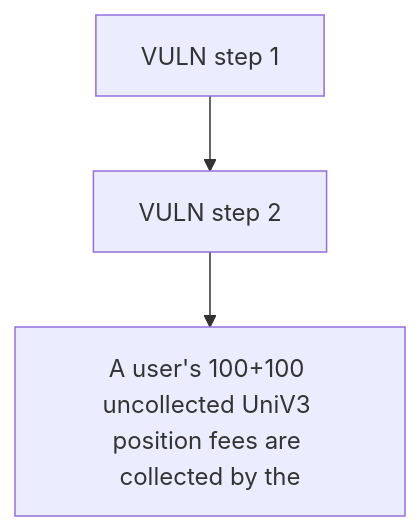
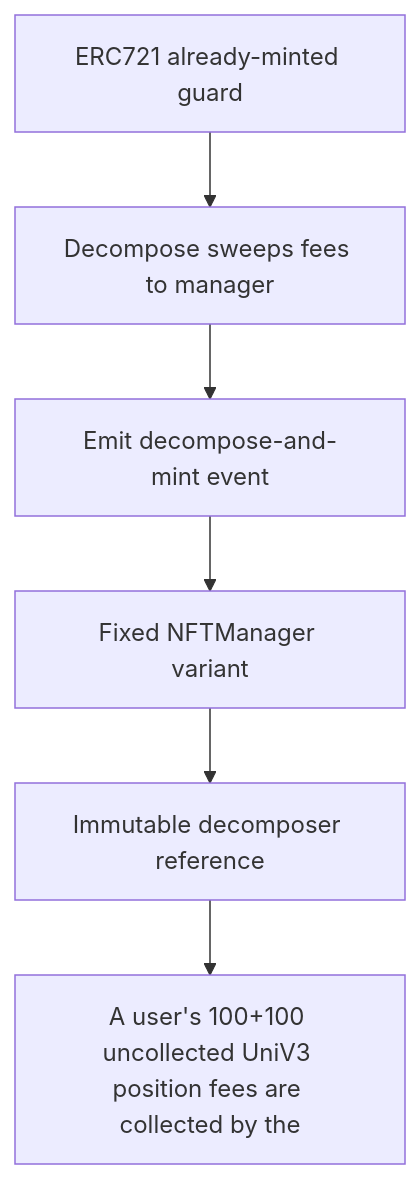
Before and after one commit to sanbir/evm-hack-registry: the diagram in 63170-h-4-uncollected-fees-from-users-nft-position-are-stuck-in-nf_exp/63170-h-4-uncollected-fees-from-users-nft-position-are-stuck-in-nf_exp.md, drawn with Mermaid. The commit also changed other lines of this file and 79 other files, not shown here.

````diff
--- a/63170-h-4-uncollected-fees-from-users-nft-position-are-stuck-in-nf_exp/63170-h-4-uncollected-fees-from-users-nft-position-are-stuck-in-nf_exp.md
+++ b/63170-h-4-uncollected-fees-from-users-nft-position-are-stuck-in-nf_exp/63170-h-4-uncollected-fees-from-users-nft-position-are-stuck-in-nf_exp.md
@@ -28,8 +28,14 @@
 ```mermaid
 flowchart TD
-  S0["VULN step 1"]
-  S1["VULN step 2"]
+  S0["ERC721 already-minted guard"]
+  S1["Decompose sweeps fees to manager"]
+  S2["Emit decompose-and-mint event"]
+  S3["Fixed NFTManager variant"]
+  S4["Immutable decomposer reference"]
   H["A user's 100+100 uncollected UniV3 position fees are collected by the "]
   S0 --> S1
-  S1 --> H
+  S1 --> S2
+  S2 --> S3
+  S3 --> S4
+  S4 --> H
 ```
````
